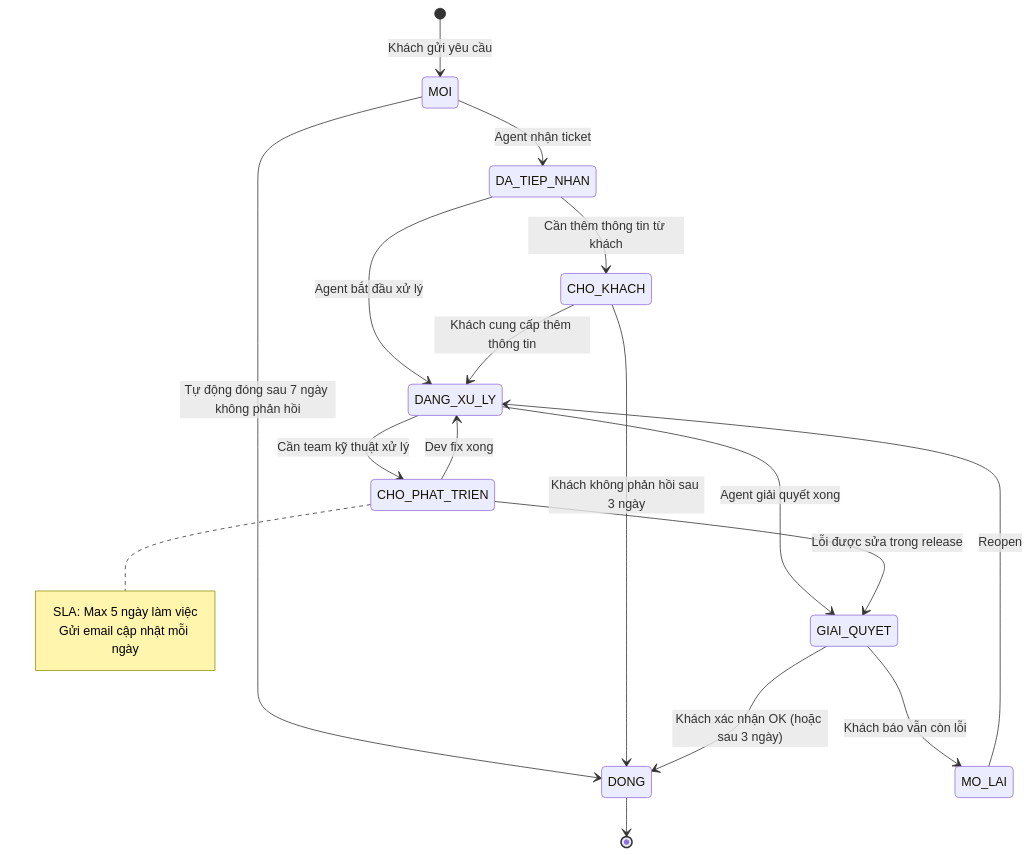
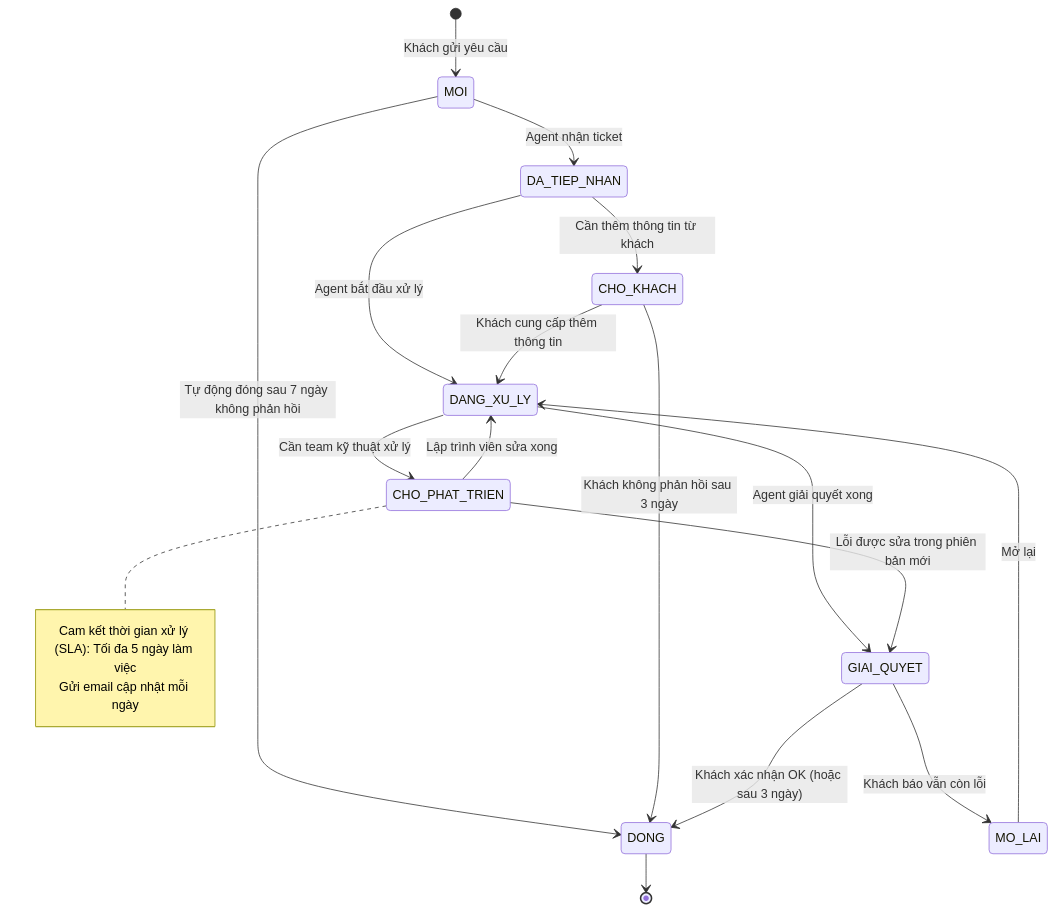
One commit to Haign12/LuxRoom changed the tenth of 13 diagrams in docs/ba_portfolio/BA_Complete_Documentation.md. Above: the diagram before and after it, drawn with Mermaid. The commit also changed other lines of this file and 11073 other files, not shown here.

````diff
--- a/docs/ba_portfolio/BA_Complete_Documentation.md
+++ b/docs/ba_portfolio/BA_Complete_Documentation.md
@@ -901,31 +905,31 @@
 ```mermaid
 stateDiagram-v2
     [*] --> MOI: Khách gửi yêu cầu
 
     MOI --> DA_TIEP_NHAN: Agent nhận ticket
     MOI --> DONG: Tự động đóng sau 7 ngày không phản hồi
 
     DA_TIEP_NHAN --> DANG_XU_LY: Agent bắt đầu xử lý
     DA_TIEP_NHAN --> CHO_KHACH: Cần thêm thông tin từ khách
 
     CHO_KHACH --> DANG_XU_LY: Khách cung cấp thêm thông tin
     CHO_KHACH --> DONG: Khách không phản hồi sau 3 ngày
 
     DANG_XU_LY --> CHO_PHAT_TRIEN: Cần team kỹ thuật xử lý
     DANG_XU_LY --> GIAI_QUYET: Agent giải quyết xong
 
-    CHO_PHAT_TRIEN --> DANG_XU_LY: Dev fix xong
-    CHO_PHAT_TRIEN --> GIAI_QUYET: Lỗi được sửa trong release
+    CHO_PHAT_TRIEN --> DANG_XU_LY: Lập trình viên sửa xong
+    CHO_PHAT_TRIEN --> GIAI_QUYET: Lỗi được sửa trong phiên bản mới
 
     GIAI_QUYET --> MO_LAI: Khách báo vẫn còn lỗi
     GIAI_QUYET --> DONG: Khách xác nhận OK (hoặc sau 3 ngày)
 
-    MO_LAI --> DANG_XU_LY: Reopen
+    MO_LAI --> DANG_XU_LY: Mở lại
 
     DONG --> [*]
 
     note right of CHO_PHAT_TRIEN
-        SLA: Max 5 ngày làm việc
+        Cam kết thời gian xử lý (SLA): Tối đa 5 ngày làm việc
         Gửi email cập nhật mỗi ngày
     end note
 ```
````
